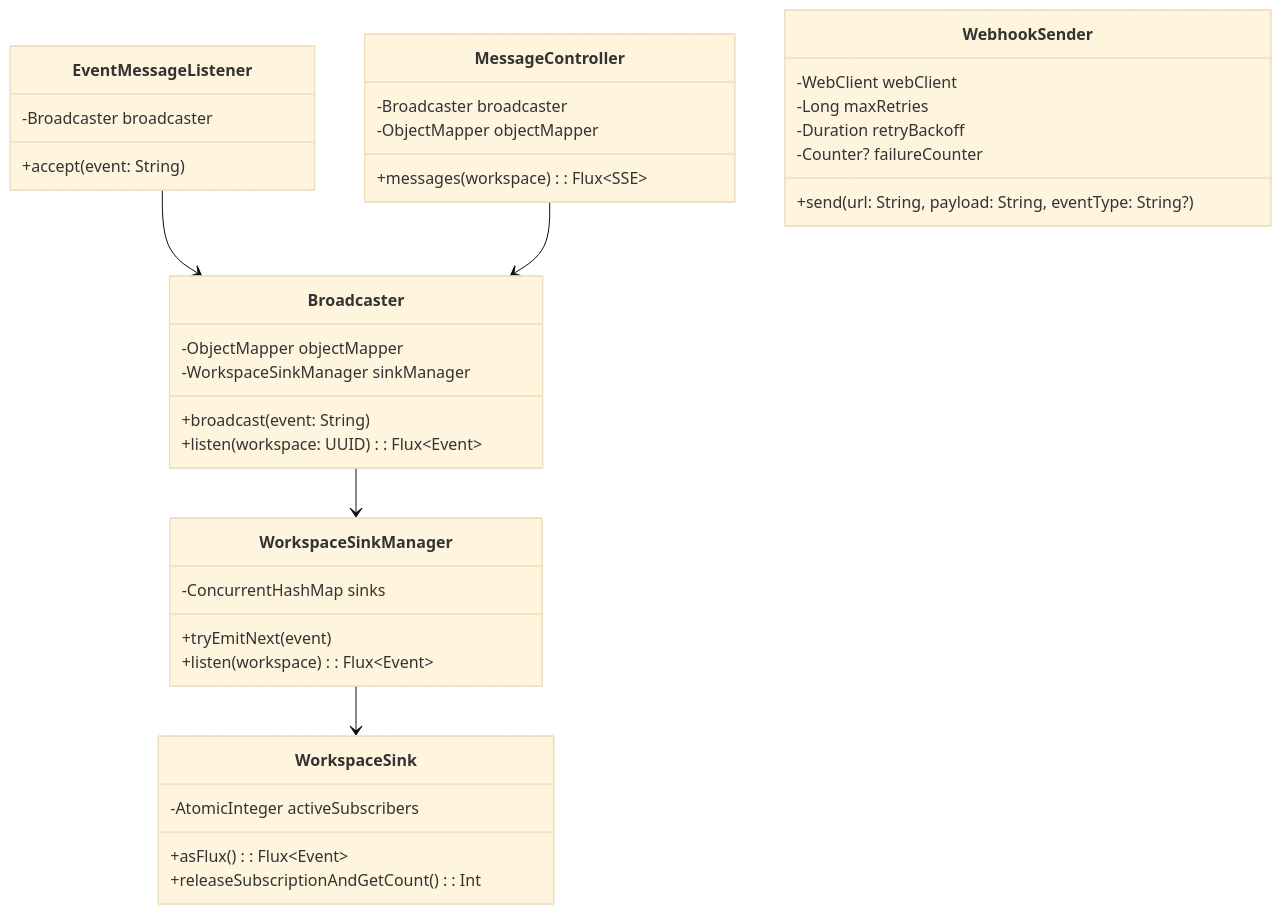
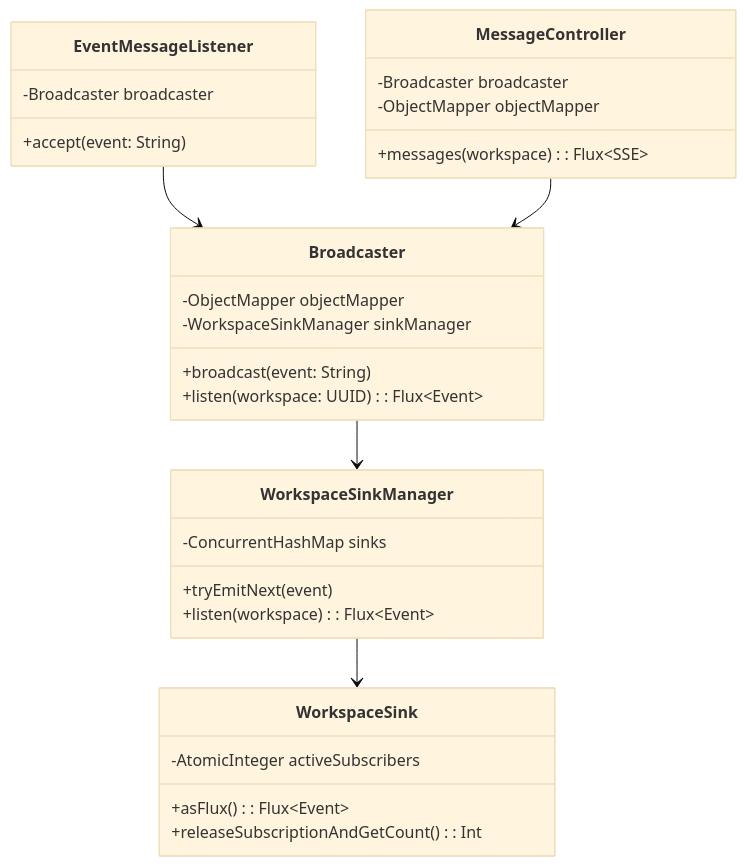
Before and after one commit to sayaya1090/handbook: the first of 2 diagrams in event-broadcaster/CLASS-DIAGRAM.md, drawn with Mermaid (base theme). The commit also changed other lines of this file and 645 other files, not shown here.

````diff
--- a/event-broadcaster/CLASS-DIAGRAM.md
+++ b/event-broadcaster/CLASS-DIAGRAM.md
@@ -3,45 +3,37 @@
 ```mermaid
 classDiagram
     class Broadcaster {
         -ObjectMapper objectMapper
         -WorkspaceSinkManager sinkManager
         +broadcast(event: String)
         +listen(workspace: UUID): Flux~Event~
     }
 
     class WorkspaceSinkManager {
         -ConcurrentHashMap sinks
         +tryEmitNext(event)
         +listen(workspace): Flux~Event~
     }
 
     class WorkspaceSink {
         -AtomicInteger activeSubscribers
         +asFlux(): Flux~Event~
         +releaseSubscriptionAndGetCount(): Int
     }
 
     class EventMessageListener {
         -Broadcaster broadcaster
         +accept(event: String)
     }
 
     class MessageController {
         -Broadcaster broadcaster
         -ObjectMapper objectMapper
         +messages(workspace): Flux~SSE~
     }
 
     Broadcaster --> WorkspaceSinkManager
     WorkspaceSinkManager --> WorkspaceSink
-    class WebhookSender {
-        -WebClient webClient
-        -Long maxRetries
-        -Duration retryBackoff
-        -Counter? failureCounter
-        +send(url: String, payload: String, eventType: String?)
-    }
-
     EventMessageListener --> Broadcaster
     MessageController --> Broadcaster
 ```
````
